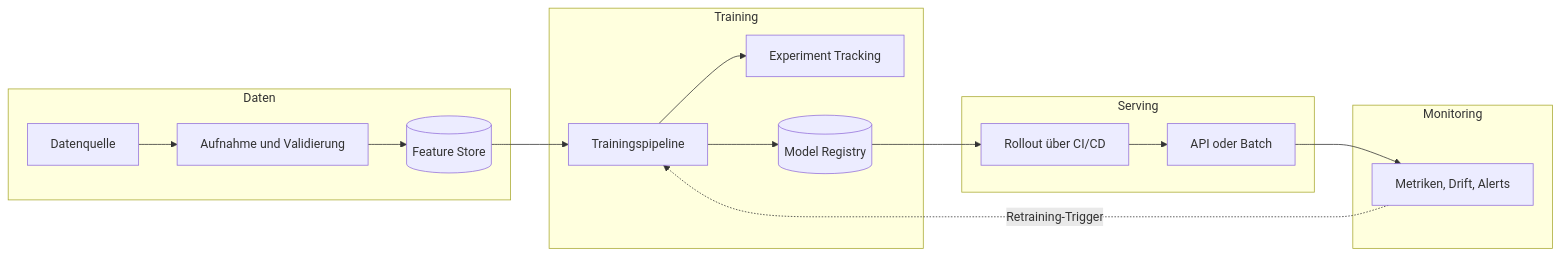
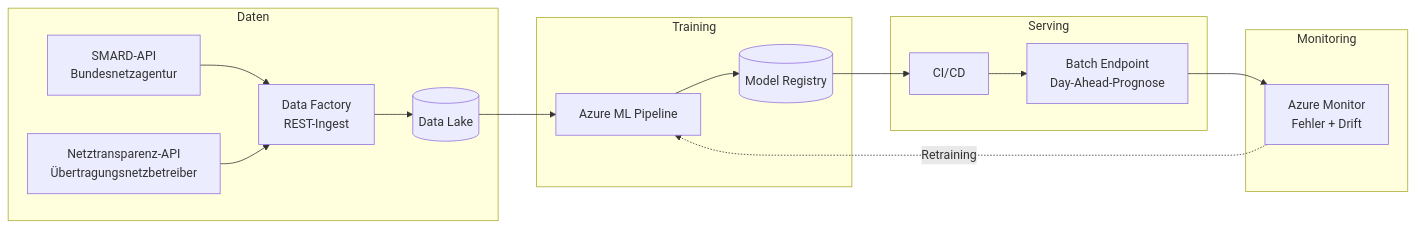
The diagram in docs/architektur.md (Karlshochschule-Management-Institut/mlops-shango), drawn with Mermaid before and after one commit. The commit also changed other lines of this file, not shown here.

First line of the commit message:
Add architecture

````diff
--- a/docs/architektur.md
+++ b/docs/architektur.md
@@ -11,20 +11,20 @@
 ```mermaid
 flowchart LR
     subgraph Daten
-        A[Datenquelle] --> B[Aufnahme und Validierung]
-        B --> C[(Feature Store)]
+        A1["SMARD-API<br/>Bundesnetzagentur"] --> B["Data Factory<br/>REST-Ingest"]
+        A2["Netztransparenz-API<br/>Übertragungsnetzbetreiber"] --> B
+        B --> C[("Data Lake")]
     end
     subgraph Training
-        C --> D[Trainingspipeline]
-        D --> E[Experiment Tracking]
-        D --> F[(Model Registry)]
+        C --> D["Azure ML Pipeline"]
+        D --> F[("Model Registry")]
     end
     subgraph Serving
-        F --> G[Rollout über CI/CD]
-        G --> H[API oder Batch]
+        F --> G["CI/CD"]
+        G --> H["Batch Endpoint<br/>Day-Ahead-Prognose"]
     end
     subgraph Monitoring
-        H --> I[Metriken, Drift, Alerts]
+        H --> I["Azure Monitor<br/>Fehler + Drift"]
     end
-    I -. Retraining-Trigger .-> D
+    I -. Retraining .-> D
 ```
````
